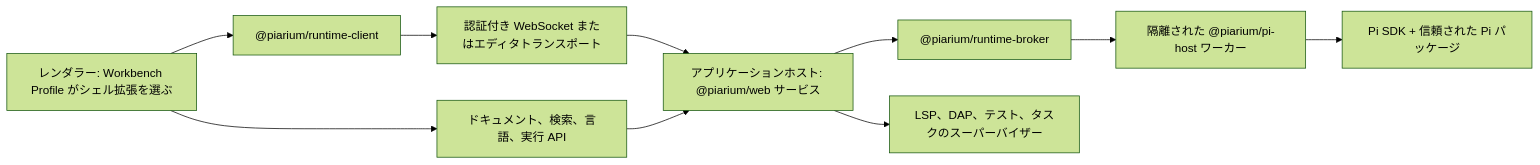
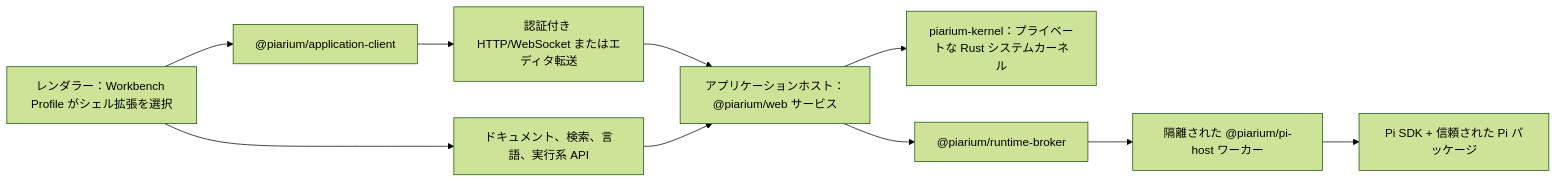
One commit to Youzini-afk/Piarium changed the diagram in .github/readme/README.ja.md. Above: the diagram before and after it, drawn with Mermaid (forest theme). The commit also changed other lines of this file and 4 other files, not shown here.

Commit message:
docs(readme): describe the agent harness and Rust kernel

````diff
--- a/.github/readme/README.ja.md
+++ b/.github/readme/README.ja.md
@@ -235,12 +268,12 @@
 ```mermaid
 flowchart LR
-    S["レンダラー: Workbench Profile がシェル拡張を選ぶ"] --> C["@piarium/runtime-client"]
-    S --> D["ドキュメント、検索、言語、実行 API"]
-    C --> T["認証付き WebSocket またはエディタトランスポート"]
-    T --> A["アプリケーションホスト: @piarium/web サービス"]
+    S["レンダラー：Workbench Profile がシェル拡張を選択"] --> C["@piarium/application-client"]
+    S --> D["ドキュメント、検索、言語、実行系 API"]
+    C --> T["認証付き HTTP/WebSocket またはエディタ転送"]
+    T --> A["アプリケーションホスト：@piarium/web サービス"]
     D --> A
+    A --> K["piarium-kernel：プライベートな Rust システムカーネル"]
     A --> B["@piarium/runtime-broker"]
-    A --> L["LSP、DAP、テスト、タスクのスーパーバイザー"]
     B --> H["隔離された @piarium/pi-host ワーカー"]
     H --> P["Pi SDK + 信頼された Pi パッケージ"]
 ```
````
